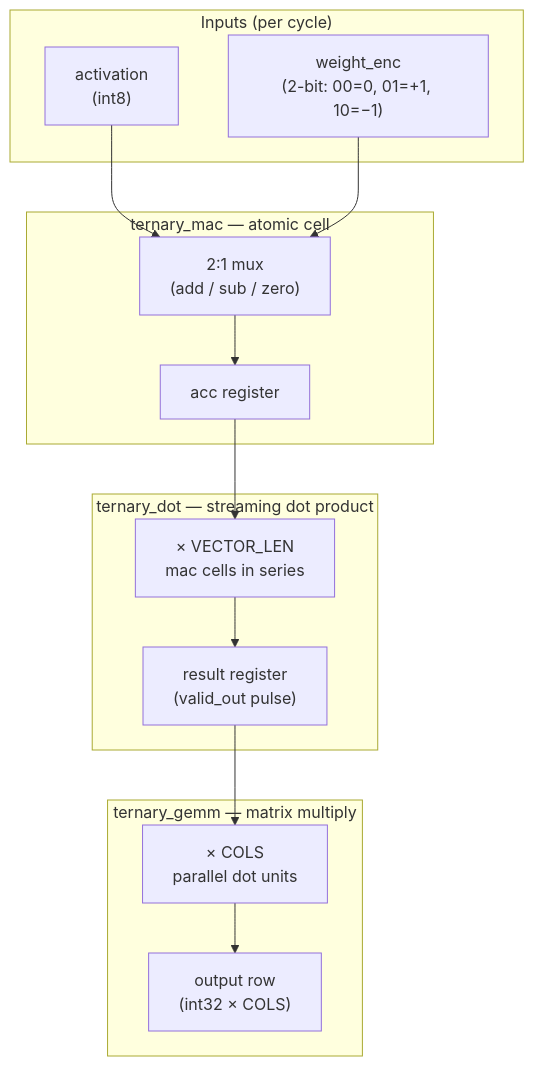
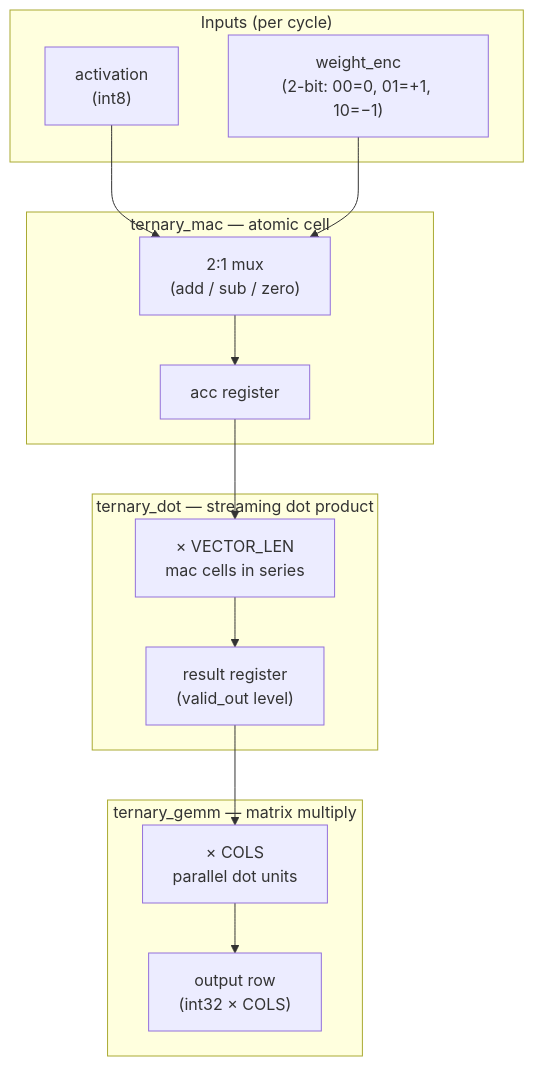
One commit to Ternarycore/ternarycore changed the diagram in README.md. Above: the diagram before and after it, drawn with Mermaid. The commit also changed other lines of this file and 6 other files, not shown here.

````diff
--- a/README.md
+++ b/README.md
@@ -69,29 +66,29 @@
 ```mermaid
 graph TD
     subgraph inputs["Inputs (per cycle)"]
         A["activation\n(int8)"]
         W["weight_enc\n(2-bit: 00=0, 01=+1, 10=−1)"]
     end
 
     subgraph mac["ternary_mac — atomic cell"]
         MUX["2:1 mux\n(add / sub / zero)"]
         REG1["acc register"]
         A --> MUX
         W --> MUX
         MUX --> REG1
     end
 
     subgraph dot["ternary_dot — streaming dot product"]
         LOOP["× VECTOR_LEN\nmac cells in series"]
-        VREG["result register\n(valid_out pulse)"]
+        VREG["result register\n(valid_out level)"]
         REG1 --> LOOP
         LOOP --> VREG
     end
 
     subgraph gemm["ternary_gemm — matrix multiply"]
         PAR["× COLS\nparallel dot units"]
         OUT["output row\n(int32 × COLS)"]
         VREG --> PAR
         PAR --> OUT
     end
 ```
````
